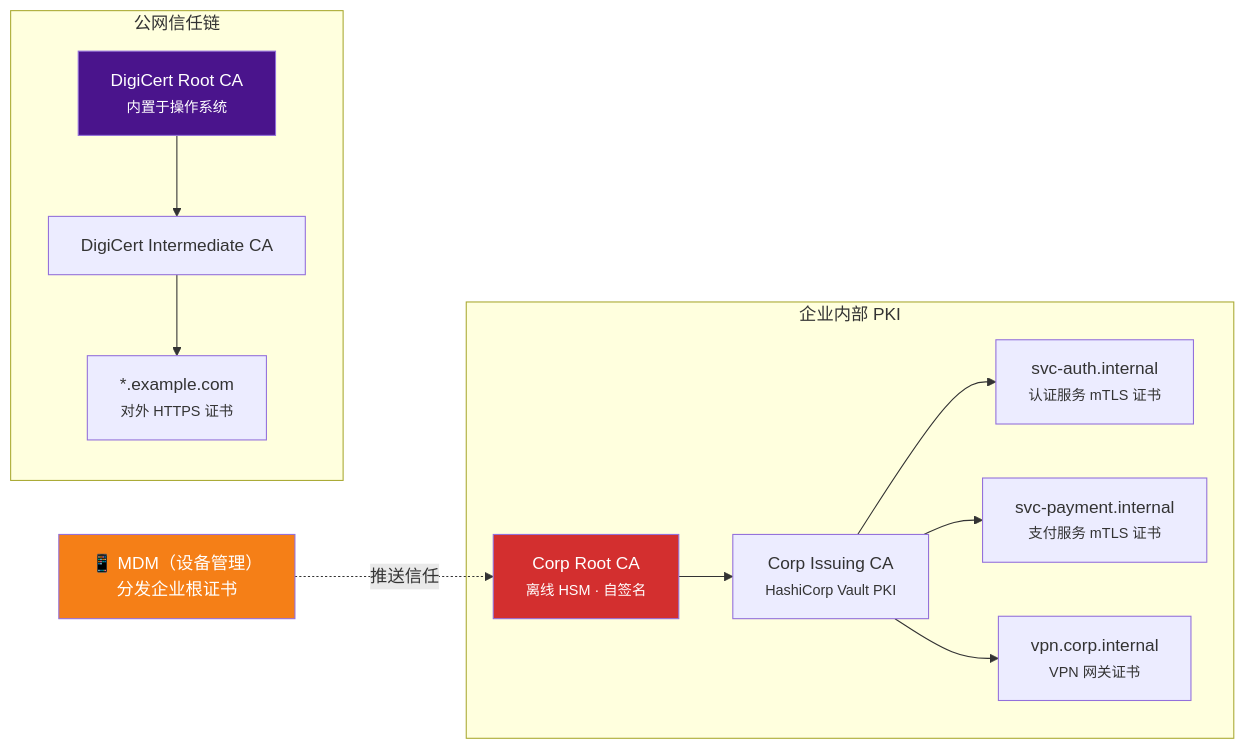
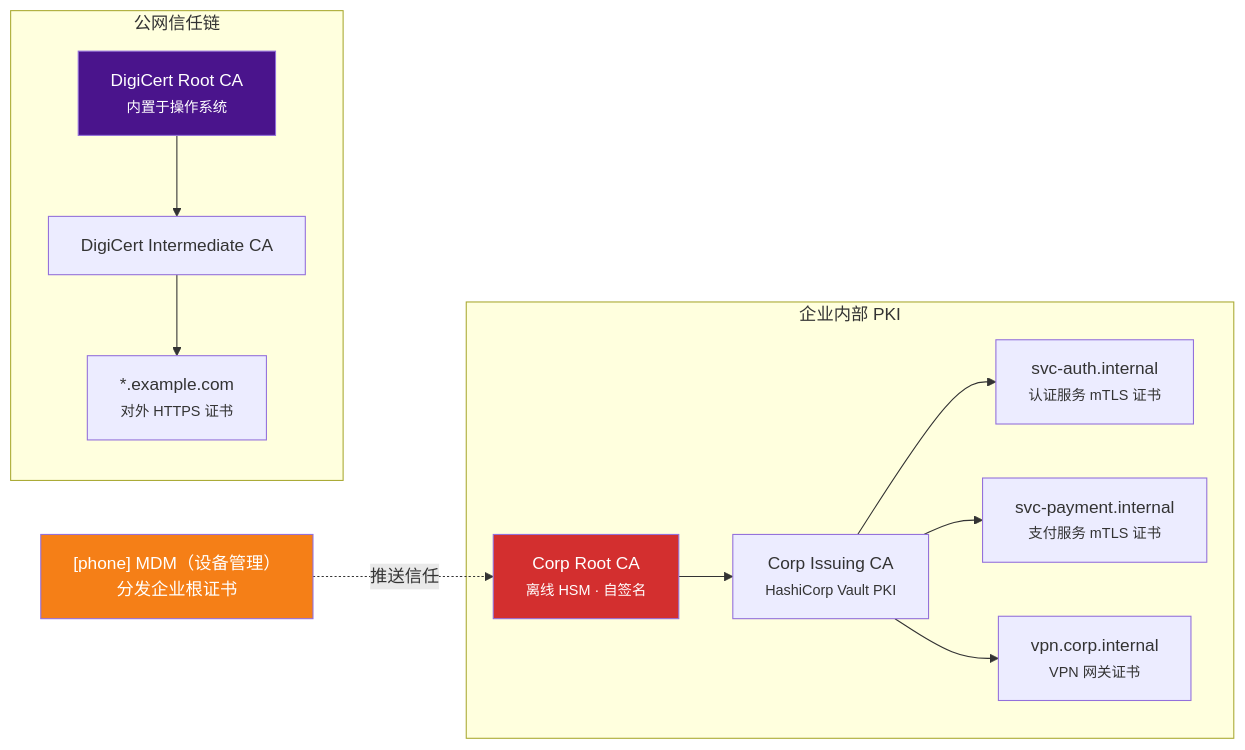
One commit to SKT-Shurima/NetworkMastery changed the third of 6 diagrams in docs/guide/security/pki.md. Above: the diagram before and after it, drawn with Mermaid. The commit also changed other lines of this file and 54 other files, not shown here.

````diff
--- a/docs/guide/security/pki.md
+++ b/docs/guide/security/pki.md
@@ -231,27 +231,27 @@
 ```mermaid
 graph LR
     subgraph 公网信任链
         PubRoot["DigiCert Root CA<br/><small>内置于操作系统</small>"]
         PubInt["DigiCert Intermediate CA"]
         PubEE["*.example.com<br/><small>对外 HTTPS 证书</small>"]
         PubRoot --> PubInt --> PubEE
     end
 
     subgraph 企业内部 PKI
         CorpRoot["Corp Root CA<br/><small>离线 HSM · 自签名</small>"]
         CorpInt["Corp Issuing CA<br/><small>HashiCorp Vault PKI</small>"]
         SvcA["svc-auth.internal<br/><small>认证服务 mTLS 证书</small>"]
         SvcB["svc-payment.internal<br/><small>支付服务 mTLS 证书</small>"]
         VPN["vpn.corp.internal<br/><small>VPN 网关证书</small>"]
         CorpRoot --> CorpInt
         CorpInt --> SvcA
         CorpInt --> SvcB
         CorpInt --> VPN
     end
 
-    MDM["📱 MDM（设备管理）<br/>分发企业根证书"] -.->|"推送信任"| CorpRoot
+    MDM["[phone] MDM（设备管理）<br/>分发企业根证书"] -.->|"推送信任"| CorpRoot
 
     style CorpRoot fill:#d32f2f,color:#fff
     style PubRoot fill:#4a148c,color:#fff
     style MDM fill:#f57f17,color:#fff
 ```
````
